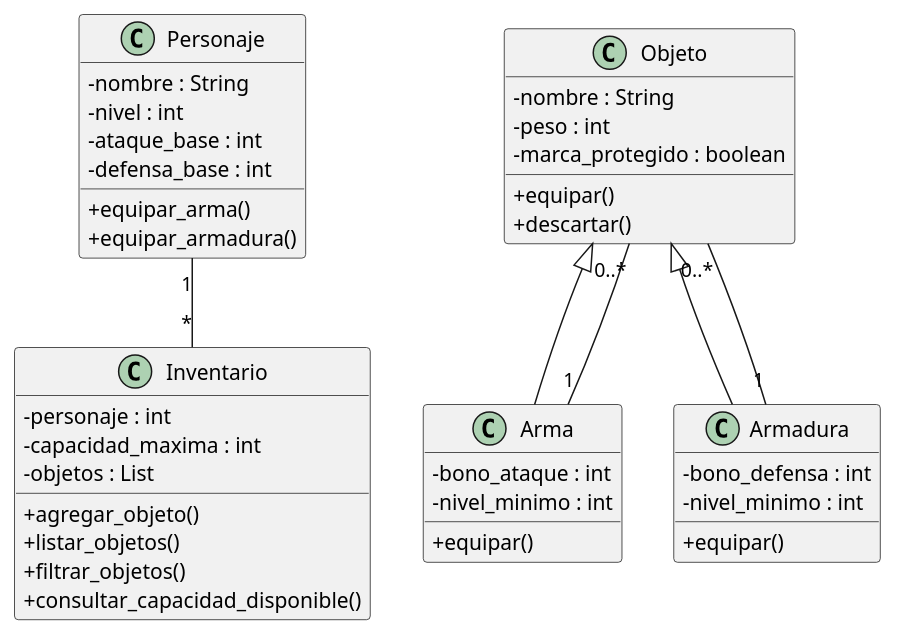
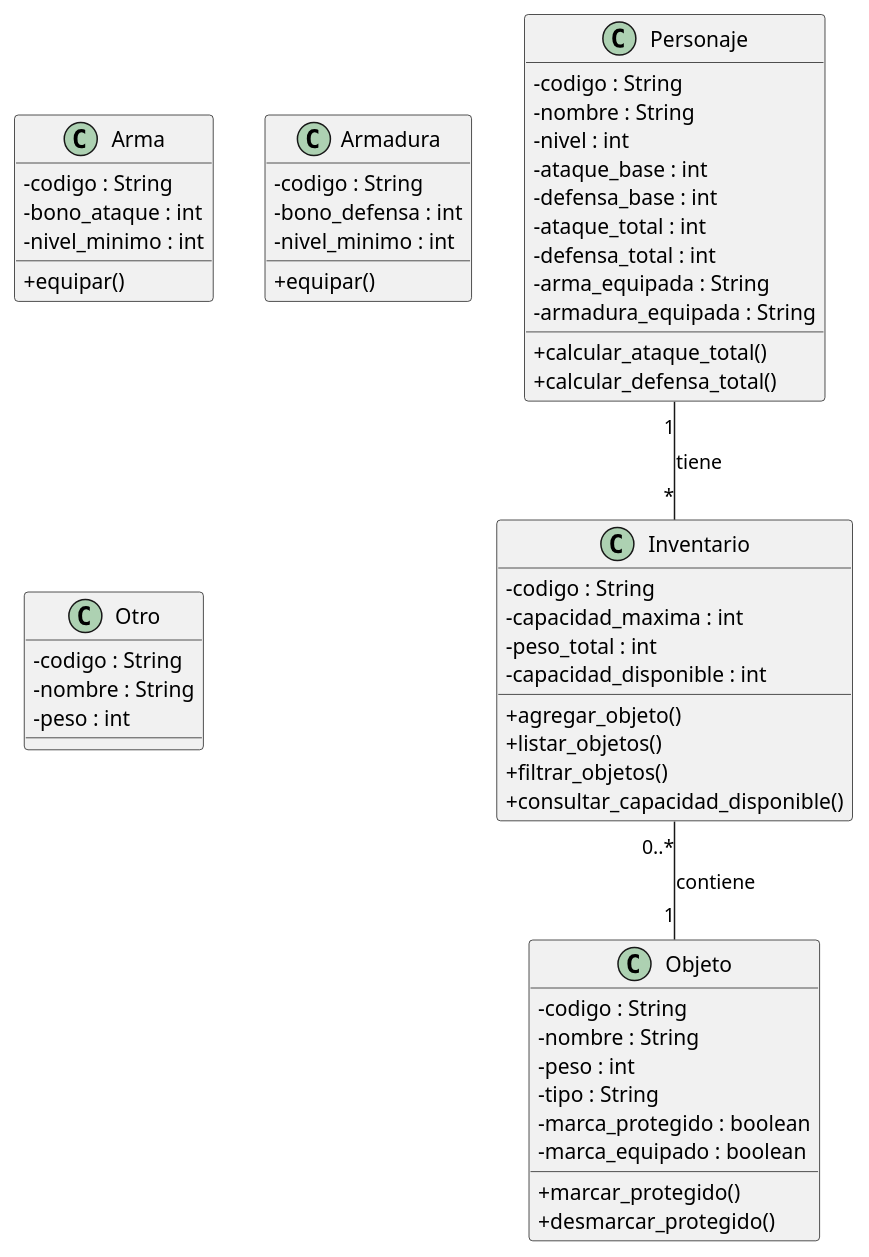
One commit to Samuel-uxn/analisis-final-g02 changed the diagram in salida/diagramas/02_clases.puml. Above: the diagram before and after it, drawn with PlantUML. The commit also changed 21 other files, not shown here.

```diff
--- a/salida/diagramas/02_clases.puml
+++ b/salida/diagramas/02_clases.puml
@@ -1,49 +1,63 @@
 @startuml
 ' Generado por spec2code. Es una PROPUESTA del pipeline: audítala contra la spec.
 skinparam classAttributeIconSize 0
 
 class Personaje {
+  - codigo : String
   - nombre : String
   - nivel : int
   - ataque_base : int
   - defensa_base : int
-  + equipar_arma()
-  + equipar_armadura()
+  - ataque_total : int
+  - defensa_total : int
+  - arma_equipada : String
+  - armadura_equipada : String
+  + calcular_ataque_total()
+  + calcular_defensa_total()
+}
+
+class Inventario {
+  - codigo : String
+  - capacidad_maxima : int
+  - peso_total : int
+  - capacidad_disponible : int
+  + agregar_objeto()
+  + listar_objetos()
+  + filtrar_objetos()
+  + consultar_capacidad_disponible()
 }
 
 class Objeto {
+  - codigo : String
   - nombre : String
   - peso : int
+  - tipo : String
   - marca_protegido : boolean
-  + equipar()
-  + descartar()
+  - marca_equipado : boolean
+  + marcar_protegido()
+  + desmarcar_protegido()
 }
 
 class Arma {
+  - codigo : String
   - bono_ataque : int
   - nivel_minimo : int
   + equipar()
 }
 
 class Armadura {
+  - codigo : String
   - bono_defensa : int
   - nivel_minimo : int
   + equipar()
 }
 
-class Inventario {
-  - personaje : int
-  - capacidad_maxima : int
-  - objetos : List
-  + agregar_objeto()
-  + listar_objetos()
-  + filtrar_objetos()
-  + consultar_capacidad_disponible()
+class Otro {
+  - codigo : String
+  - nombre : String
+  - peso : int
 }
 
-Objeto <|-- Arma
-Objeto <|-- Armadura
-Personaje "1" -- "*" Inventario
-Objeto "0..*" -- "1" Arma
-Objeto "0..*" -- "1" Armadura
+Personaje "1" -- "*" Inventario : tiene
+Inventario "0..*" -- "1" Objeto : contiene
 @enduml
```
